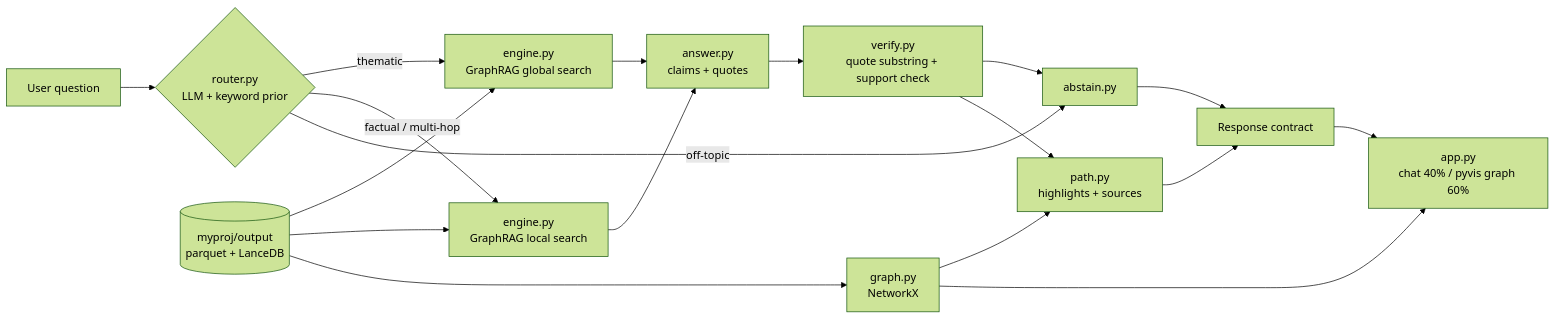
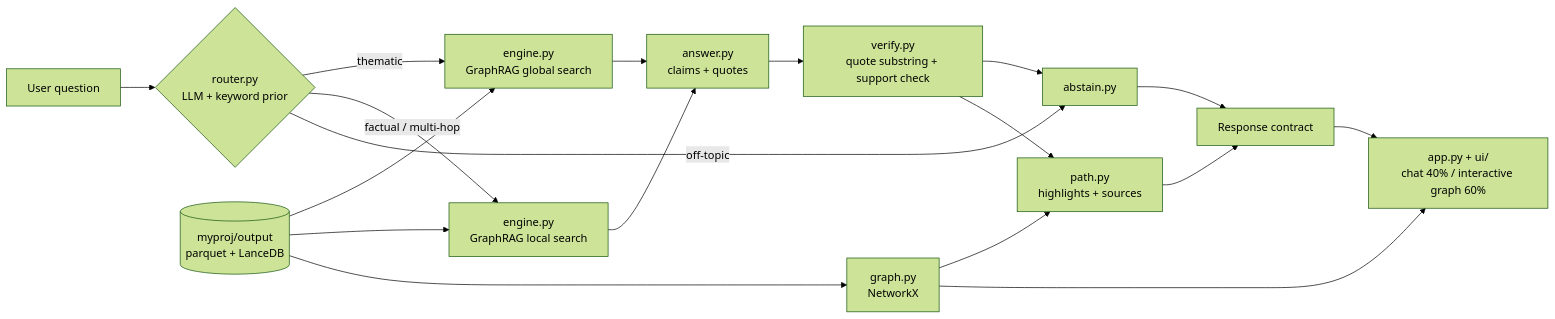
One commit to Viberscode/Grafia changed the diagram in README.md. Above: the diagram before and after it, drawn with Mermaid (forest theme). The commit also changed other lines of this file and 21 other files, not shown here.

Commit message:
Interactive UI: bidirectional vis-network graph component, chat cards, tabs, mock mode

````diff
--- a/README.md
+++ b/README.md
@@ -12,17 +12,17 @@
 ```mermaid
 flowchart LR
     U[User question] --> R{router.py<br/>LLM + keyword prior}
     R -- thematic --> G[engine.py<br/>GraphRAG global search]
     R -- factual / multi-hop --> L[engine.py<br/>GraphRAG local search]
     R -- off-topic --> X[abstain.py]
     G --> A[answer.py<br/>claims + quotes]
     L --> A
     A --> V[verify.py<br/>quote substring + support check]
     V --> X
     V --> P[path.py<br/>highlights + sources]
     P --> RESP[Response contract]
     X --> RESP
-    RESP --> UI[app.py<br/>chat 40% / pyvis graph 60%]
+    RESP --> UI[app.py + ui/<br/>chat 40% / interactive graph 60%]
     IDX[(myproj/output<br/>parquet + LanceDB)] --> G & L
     IDX --> GR[graph.py<br/>NetworkX] --> P & UI
 ```
````
